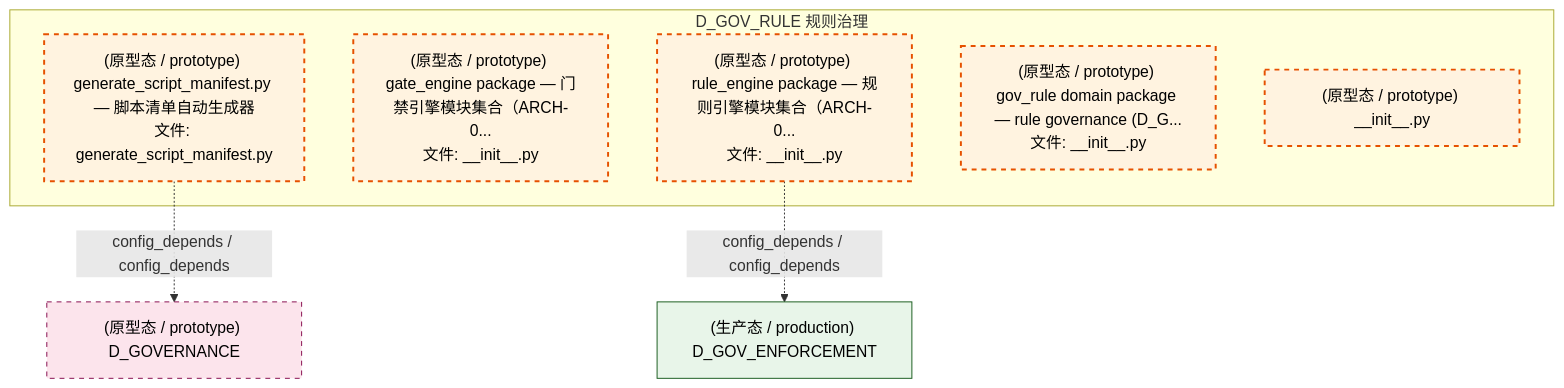
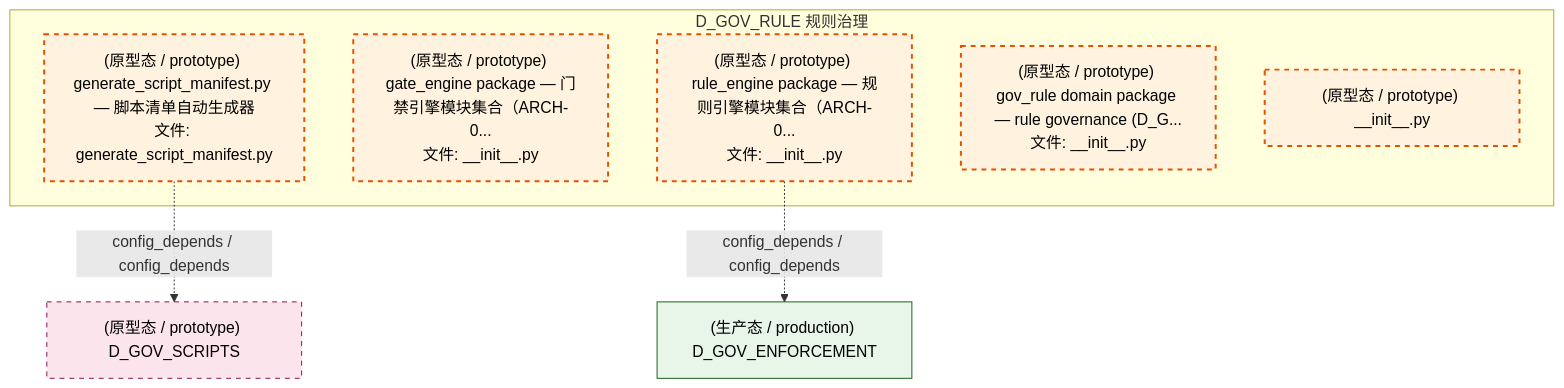
One commit to xuanFelixVan/ZephyrAlpha changed the fourth of 5 diagrams in docs/02_enterprise_architecture/02_domain_architecture_docs/45_d_gov_rule.md. Above: the diagram before and after it, drawn with Mermaid. The commit also changed other lines of this file and 124 other files, not shown here.

````diff
--- a/docs/02_enterprise_architecture/02_domain_architecture_docs/45_d_gov_rule.md
+++ b/docs/02_enterprise_architecture/02_domain_architecture_docs/45_d_gov_rule.md
@@ -347,21 +347,21 @@
 ```mermaid
 graph TD
     subgraph D_GOV_RULE["D_GOV_RULE 规则治理"]
         scripts_governance_generators_generate_script_manifest_py["(原型态 / prototype) generate_script_manifest.py — 脚本清单自动生成器<br/>文件: generate_script_manifest.py"]
         src_zephyr_gov_enforcement_rule_enforcement_gate_engine_init_py["(原型态 / prototype) gate_engine package — 门禁引擎模块集合（ARCH-0...<br/>文件: __init__.py"]
         src_zephyr_gov_enforcement_rule_enforcement_rule_engine_init_py["(原型态 / prototype) rule_engine package — 规则引擎模块集合（ARCH-0...<br/>文件: __init__.py"]
         src_zephyr_gov_rule_init_py["(原型态 / prototype) gov_rule domain package — rule governance (D_G...<br/>文件: __init__.py"]
         src_zephyr_gov_rule_constitutional_update_init_py["(原型态 / prototype) __init__.py"]
     end
     D_GOV_ENFORCEMENT["(生产态 / production) D_GOV_ENFORCEMENT"]
     src_zephyr_gov_enforcement_rule_enforcement_rule_engine_init_py -.->|config_depends / config_depends| D_GOV_ENFORCEMENT
-    D_GOVERNANCE["(原型态 / prototype) D_GOVERNANCE"]
-    scripts_governance_generators_generate_script_manifest_py -.->|config_depends / config_depends| D_GOVERNANCE
+    D_GOV_SCRIPTS["(原型态 / prototype) D_GOV_SCRIPTS"]
+    scripts_governance_generators_generate_script_manifest_py -.->|config_depends / config_depends| D_GOV_SCRIPTS
     classDef production fill:#e1f5fe,stroke:#01579b,stroke-width:2px,color:#000
     classDef design fill:#fff3e0,stroke:#e65100,stroke-width:2px,color:#000,stroke-dasharray: 5 5
     classDef external_prod fill:#e8f5e9,stroke:#1b5e20,stroke-width:1px,color:#000
     classDef external_design fill:#fce4ec,stroke:#880e4f,stroke-width:1px,color:#000,stroke-dasharray: 5 5
     class scripts_governance_generators_generate_script_manifest_py,src_zephyr_gov_enforcement_rule_enforcement_gate_engine_init_py,src_zephyr_gov_enforcement_rule_enforcement_rule_engine_init_py,src_zephyr_gov_rule_init_py,src_zephyr_gov_rule_constitutional_update_init_py design
     class D_GOV_ENFORCEMENT external_prod
-    class D_GOVERNANCE external_design
+    class D_GOV_SCRIPTS external_design
 ```
````
